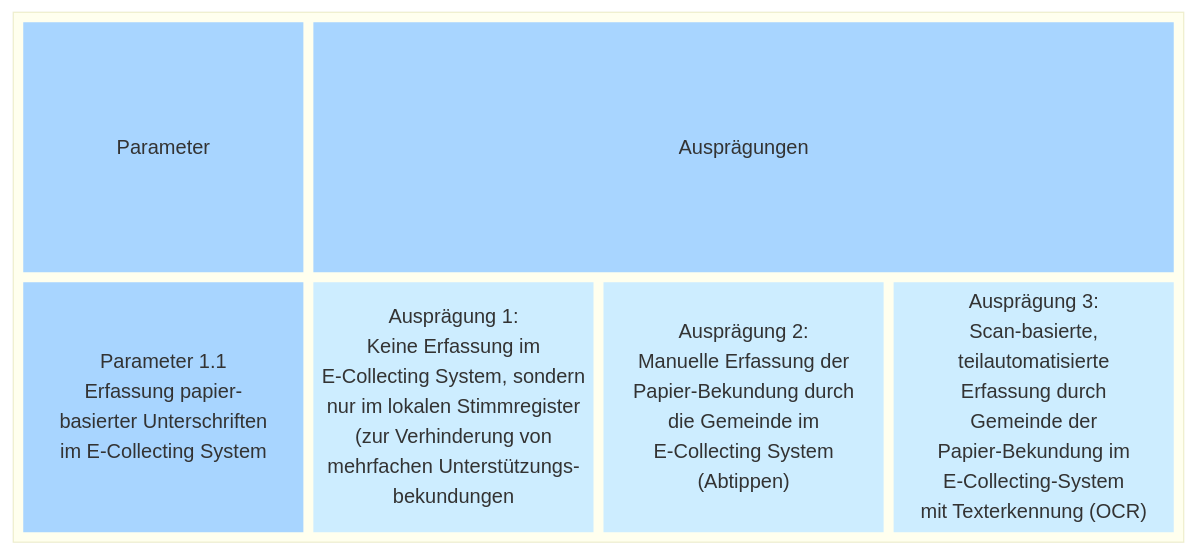
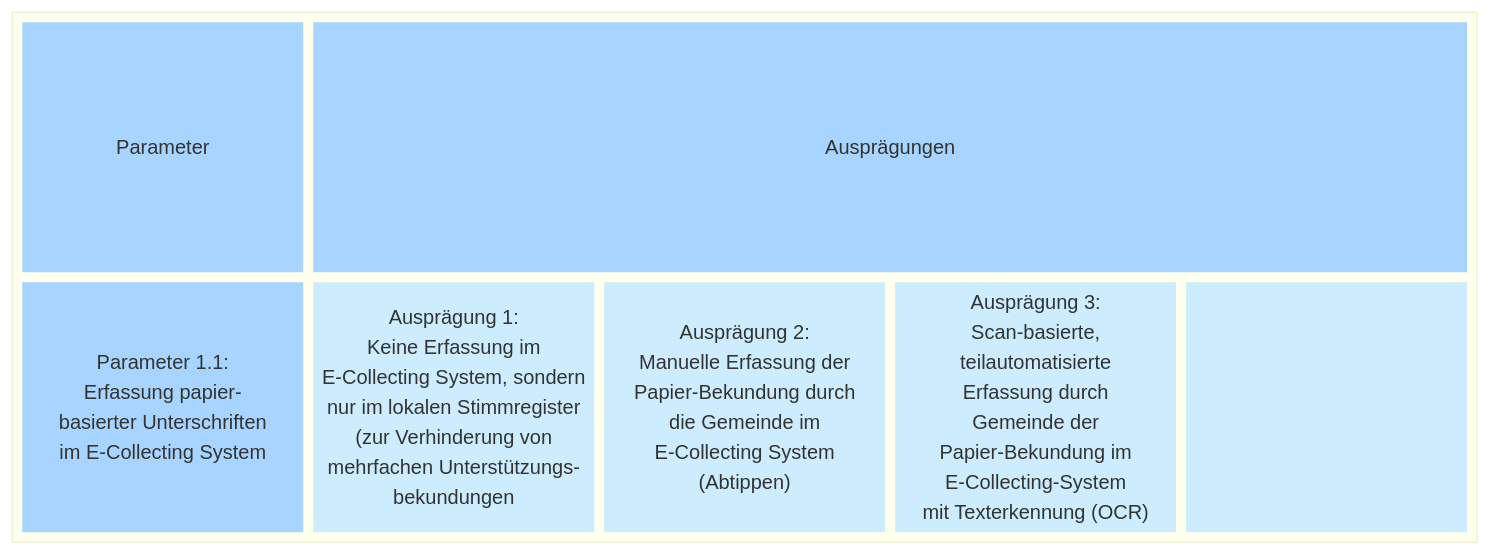
One commit to swiss/e-collecting changed the second of 2 diagrams in docs/morphological-box/parameter-1-1.md. Above: the diagram before and after it, drawn with Mermaid. The commit also changed other lines of this file and 6 other files, not shown here.

Commit message:
docs: transform graphic representation of parameters to mermaid, various parameters

````diff
--- a/docs/morphological-box/parameter-1-1.md
+++ b/docs/morphological-box/parameter-1-1.md
@@ -73,39 +75,41 @@
 ```mermaid
 block
   block
-    columns 4
+    columns 5
     t1["Parameter"]
-    t2["Ausprägungen"]:3
-    d["Parameter 1.1
+    t2["Ausprägungen"]:4
+    d["Parameter 1.1:
       Erfassung papier-
       basierter Unterschriften
       im E-Collecting System"]
     a1["Ausprägung 1:
       Keine Erfassung im
       E-Collecting System, sondern
       nur im lokalen Stimmregister
       (zur Verhinderung von
       mehrfachen Unterstützungs-
       bekundungen"]
     a2["Ausprägung 2:
       Manuelle Erfassung der
       Papier-Bekundung durch
       die Gemeinde im 
       E-Collecting System
       (Abtippen)"]
     a3["Ausprägung 3:
       Scan-basierte,
       teilautomatisierte
       Erfassung durch
       Gemeinde der
       Papier-Bekundung im
       E-Collecting-System
       mit Texterkennung (OCR)"]
+    a4["&nbsp;"]
     style t1 fill:#a8d5ff,stroke-width:0px
     style t2 fill:#a8d5ff,stroke-width:0px
     style d fill:#a8d5ff,stroke-width:0px,text-valign:top
     style a1 fill:#cdedff,stroke-width:0px
     style a2 fill:#cdedff,stroke-width:0px
     style a3 fill:#cdedff,stroke-width:0px
+    style a4 fill:#cdedff,stroke-width:0px
   end
 ```
````
